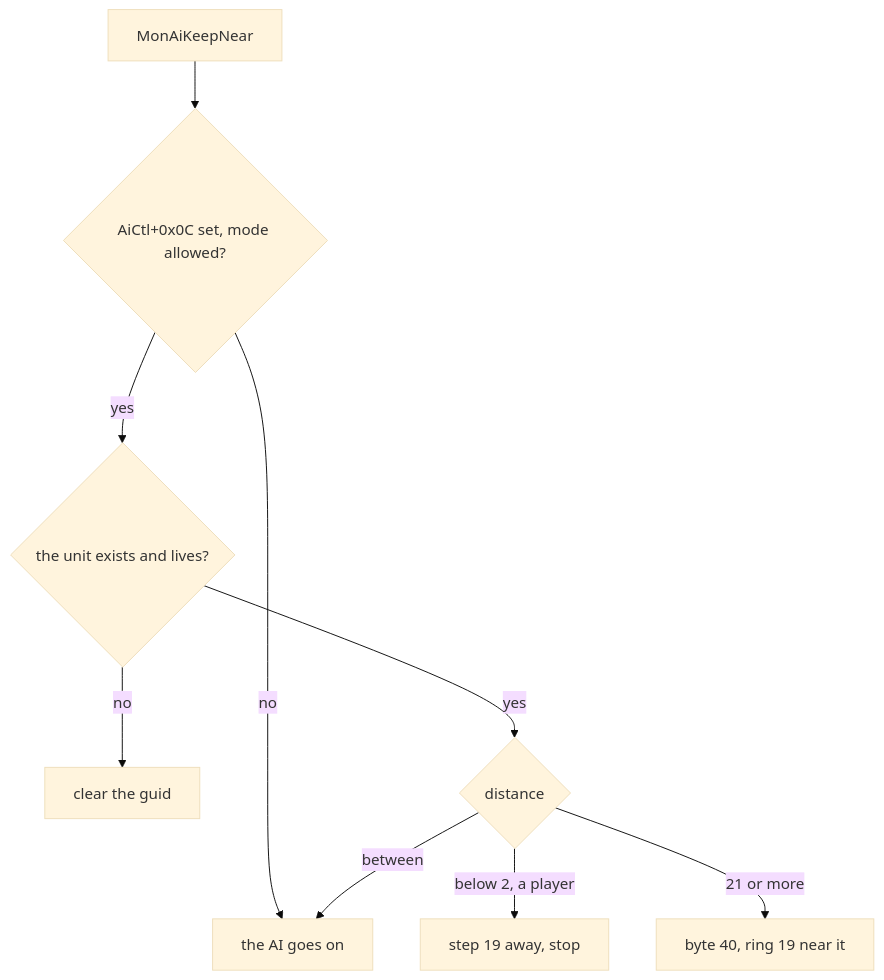
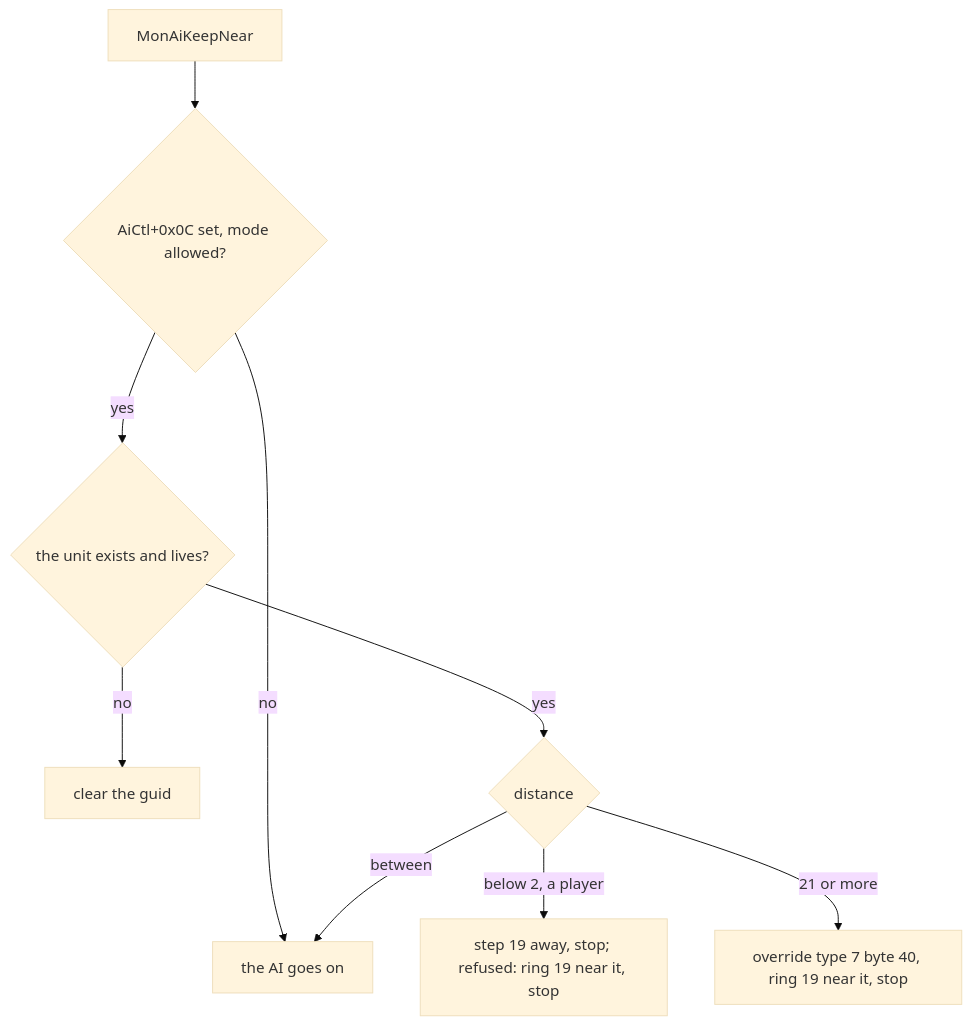
One commit to IgorKonovalov/diablo-2-recompilation changed the fourth of 5 diagrams in docs/specs/monsters/ai/machinery.md. Above: the diagram before and after it, drawn with Mermaid (base theme). The commit also changed other lines of this file and 13 other files, not shown here.

````diff
--- a/docs/specs/monsters/ai/machinery.md
+++ b/docs/specs/monsters/ai/machinery.md
@@ -344,11 +357,11 @@
 ```mermaid
 flowchart TD
   K["MonAiKeepNear"] --> G{"AiCtl+0x0C set, mode allowed?"}
   G -->|"no"| ON["the AI goes on"]
   G -->|"yes"| L{"the unit exists and lives?"}
   L -->|"no"| CL["clear the guid"]
   L -->|"yes"| Dd{"distance"}
-  Dd -->|"below 2, a player"| SA["step 19 away, stop"]
-  Dd -->|"21 or more"| WN["byte 40, ring 19 near it"]
+  Dd -->|"below 2, a player"| SA["step 19 away, stop; refused: ring 19 near it, stop"]
+  Dd -->|"21 or more"| WN["override type 7 byte 40, ring 19 near it, stop"]
   Dd -->|"between"| ON
 ```
````
